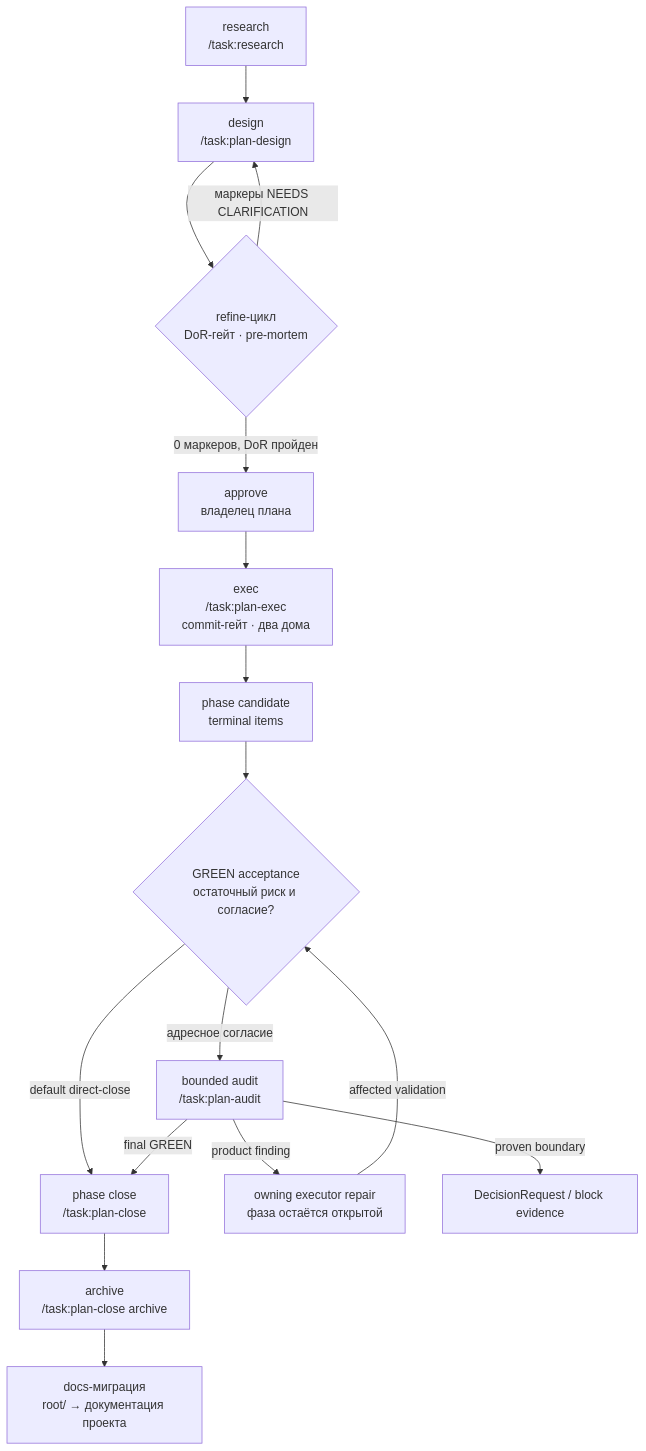
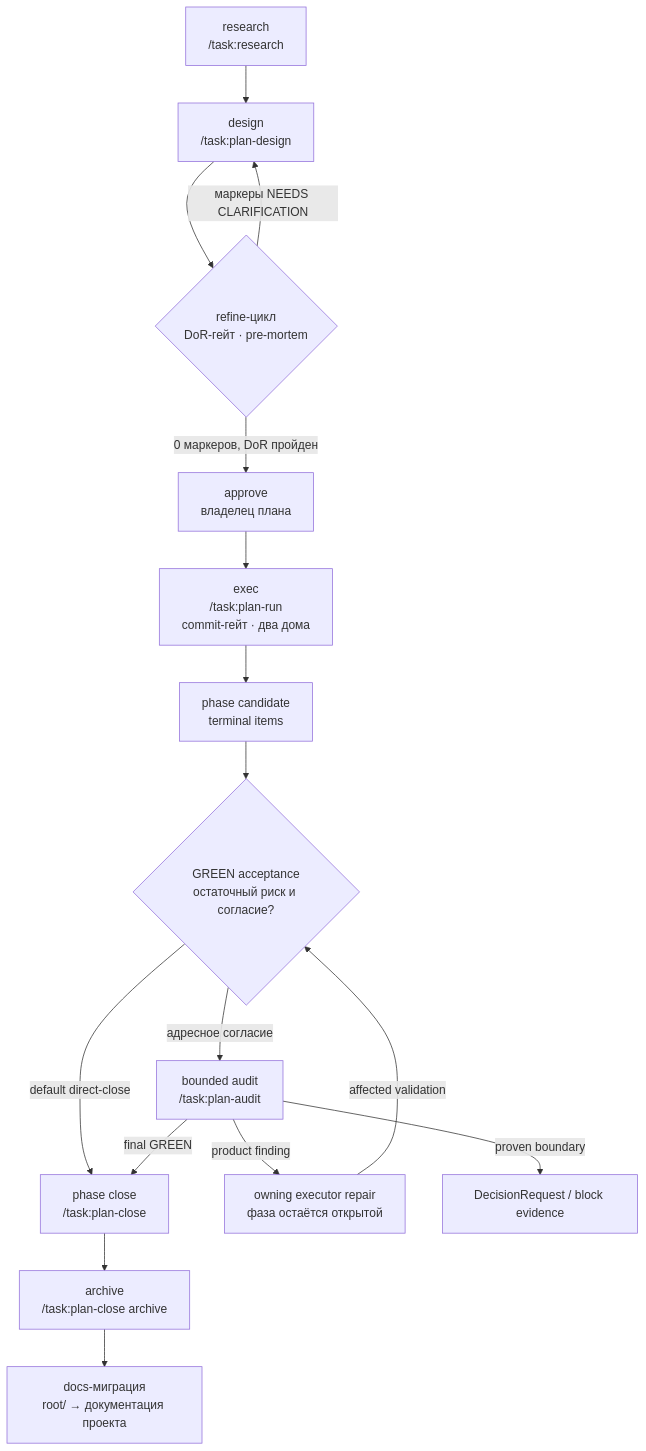
One commit to academici/swissknifeman changed the diagram in docs/task/methodology.md. Above: the diagram before and after it, drawn with Mermaid. The commit also changed other lines of this file and 159 other files, not shown here.

First line of the commit message:
refactor(task): одна команда исполнения task:plan-run (P3)

````diff
--- a/docs/task/methodology.md
+++ b/docs/task/methodology.md
@@ -19,18 +19,18 @@
 ```mermaid
 flowchart TD
     R[research<br>/task:research] --> D[design<br>/task:plan-design]
     D --> RF{refine-цикл<br>DoR-гейт · pre-mortem}
     RF -- маркеры NEEDS CLARIFICATION --> D
     RF -- 0 маркеров, DoR пройден --> A[approve<br>владелец плана]
-    A --> E[exec<br>/task:plan-exec<br>commit-гейт · два дома]
+    A --> E[exec<br>/task:plan-run<br>commit-гейт · два дома]
     E --> C[phase candidate<br>terminal items]
     C --> AP{GREEN acceptance<br>остаточный риск и согласие?}
     AP -- адресное согласие --> RV[bounded audit<br>/task:plan-audit]
     AP -- default direct-close --> PC
     RV -- product finding --> RE[owning executor repair<br>фаза остаётся открытой]
     RE -- affected validation --> AP
     RV -- final GREEN --> PC[phase close<br>/task:plan-close]
     RV -- proven boundary --> INC[DecisionRequest / block evidence]
     PC --> AR[archive<br>/task:plan-close archive]
     AR --> DOCS[docs-миграция<br>root/ → документация проекта]
 ```
````
